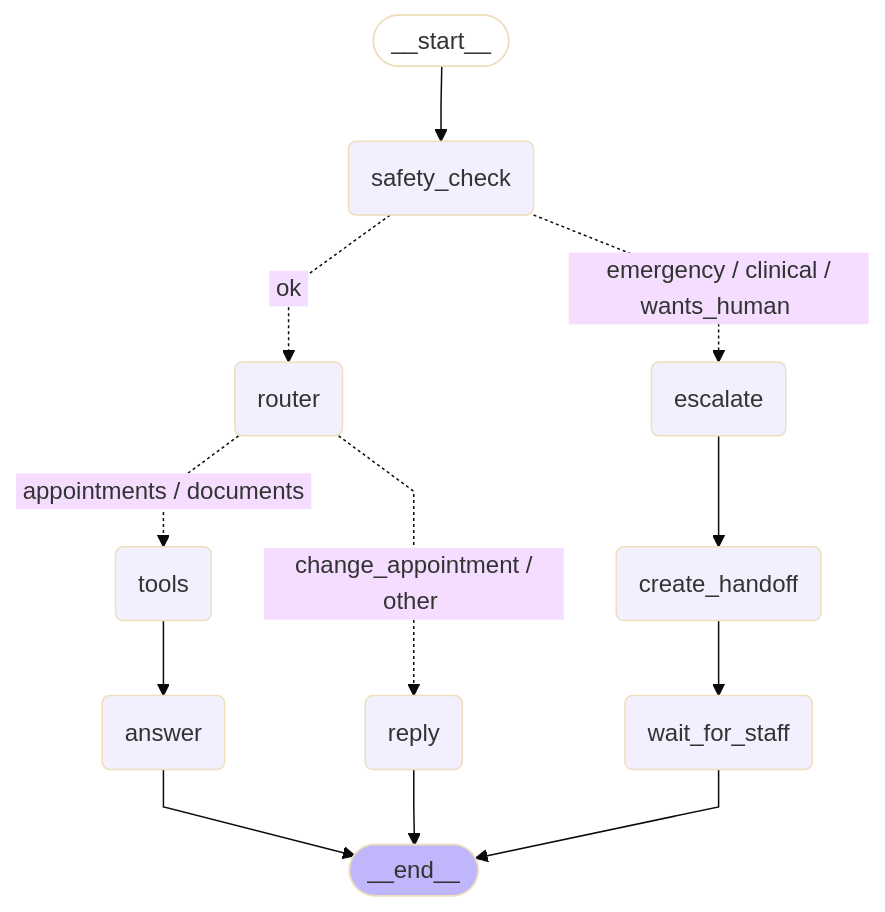
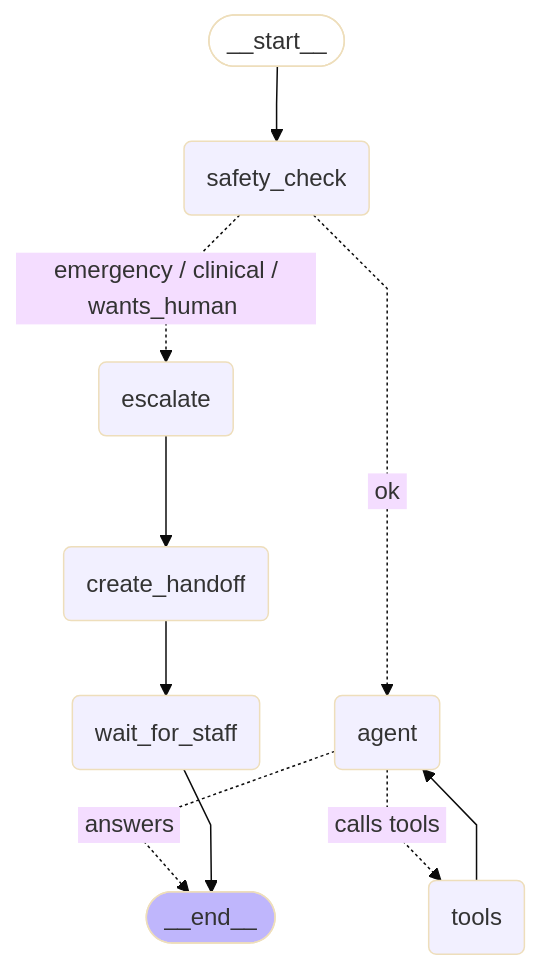
One commit to dhanush014/concierge-ai changed the diagram in docs/agent-graph.md. Above: the diagram before and after it, drawn with Mermaid (base theme). The commit also changed 33 other files, not shown here.

````diff
--- a/docs/agent-graph.md
+++ b/docs/agent-graph.md
@@ -6,32 +6,28 @@
 ```mermaid
 ---
 config:
   flowchart:
     curve: linear
 ---
 graph TD;
 	__start__([<p>__start__</p>]):::first
 	safety_check(safety_check)
 	escalate(escalate)
 	create_handoff(create_handoff)
 	wait_for_staff(wait_for_staff)
-	router(router)
+	agent(agent)
 	tools(tools)
-	reply(reply)
-	answer(answer)
 	__end__([<p>__end__</p>]):::last
 	__start__ --> safety_check;
+	agent -. &nbsp;answers&nbsp; .-> __end__;
+	agent -. &nbsp;calls tools&nbsp; .-> tools;
 	create_handoff --> wait_for_staff;
 	escalate --> create_handoff;
-	router -. &nbsp;change_appointment / other&nbsp; .-> reply;
-	router -. &nbsp;appointments / documents&nbsp; .-> tools;
+	safety_check -. &nbsp;ok&nbsp; .-> agent;
 	safety_check -. &nbsp;emergency / clinical / wants_human&nbsp; .-> escalate;
-	safety_check -. &nbsp;ok&nbsp; .-> router;
-	tools --> answer;
-	answer --> __end__;
-	reply --> __end__;
+	tools --> agent;
 	wait_for_staff --> __end__;
 	classDef default fill:#f2f0ff,line-height:1.2
 	classDef first fill-opacity:0
 	classDef last fill:#bfb6fc
 ```
````
